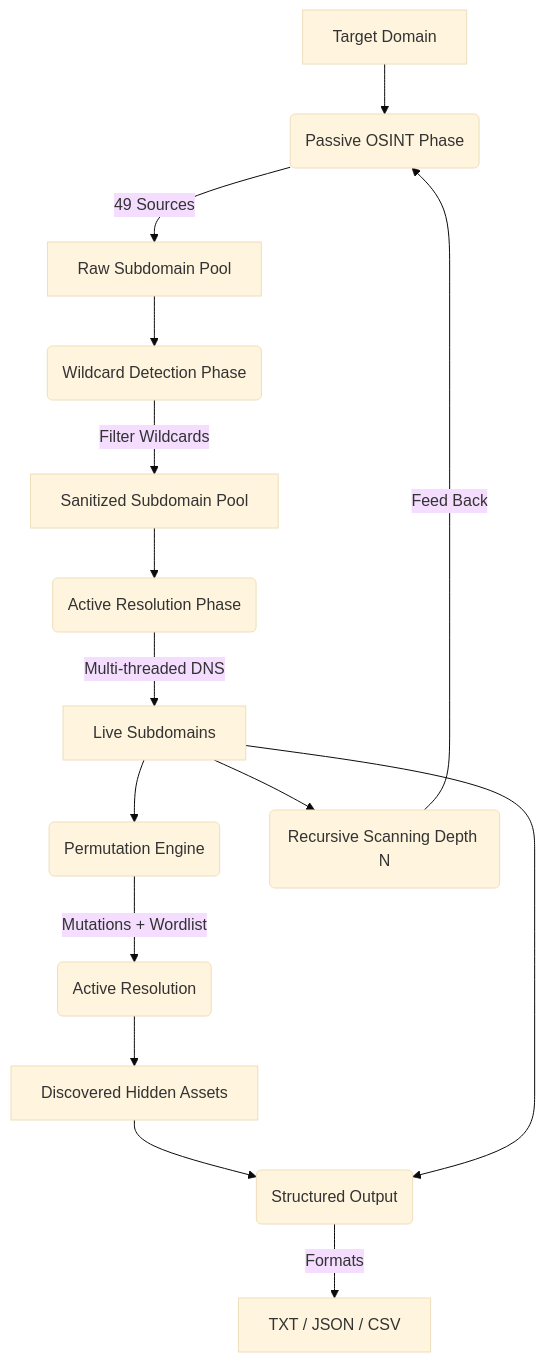
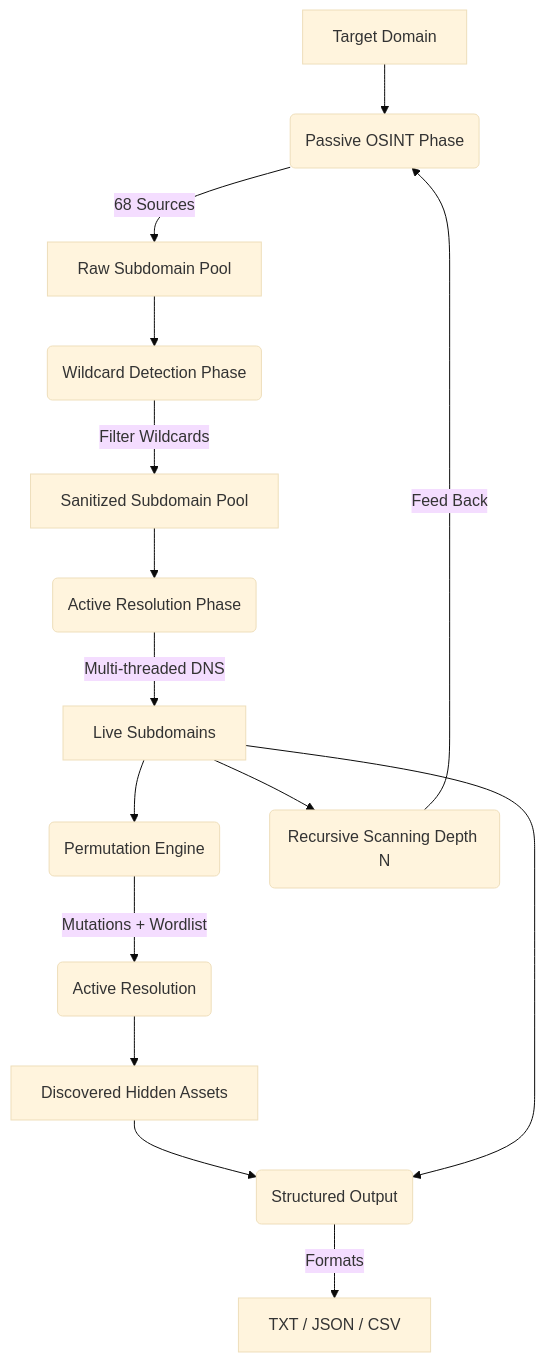
The diagram in README.md (youwannahackme/subix), drawn with Mermaid (base theme) before and after one commit. The commit also changed other lines of this file and 23 other files, not shown here.

````diff
--- a/README.md
+++ b/README.md
@@ -18,17 +18,17 @@
 ```mermaid
 graph TD
     A[Target Domain] --> B(Passive OSINT Phase)
-    B -->|49 Sources| C[Raw Subdomain Pool]
+    B -->|68 Sources| C[Raw Subdomain Pool]
     C --> D(Wildcard Detection Phase)
     D -->|Filter Wildcards| E[Sanitized Subdomain Pool]
     E --> F(Active Resolution Phase)
     F -->|Multi-threaded DNS| G[Live Subdomains]
     G --> H(Permutation Engine)
     H -->|Mutations + Wordlist| I(Active Resolution)
     I --> J[Discovered Hidden Assets]
     G --> K(Recursive Scanning Depth N)
     K -->|Feed Back| B
     J --> L(Structured Output)
     G --> L
     L -->|Formats| M[TXT / JSON / CSV]
 ```
````
